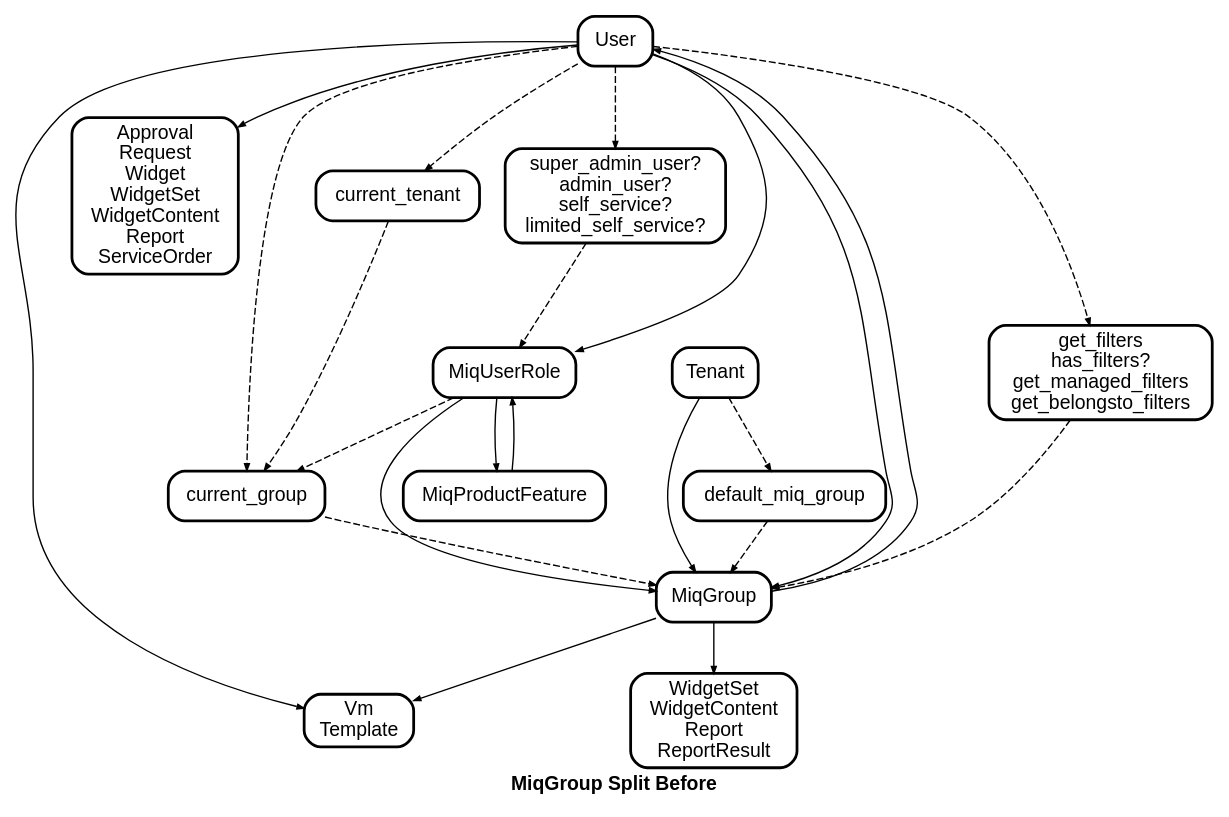
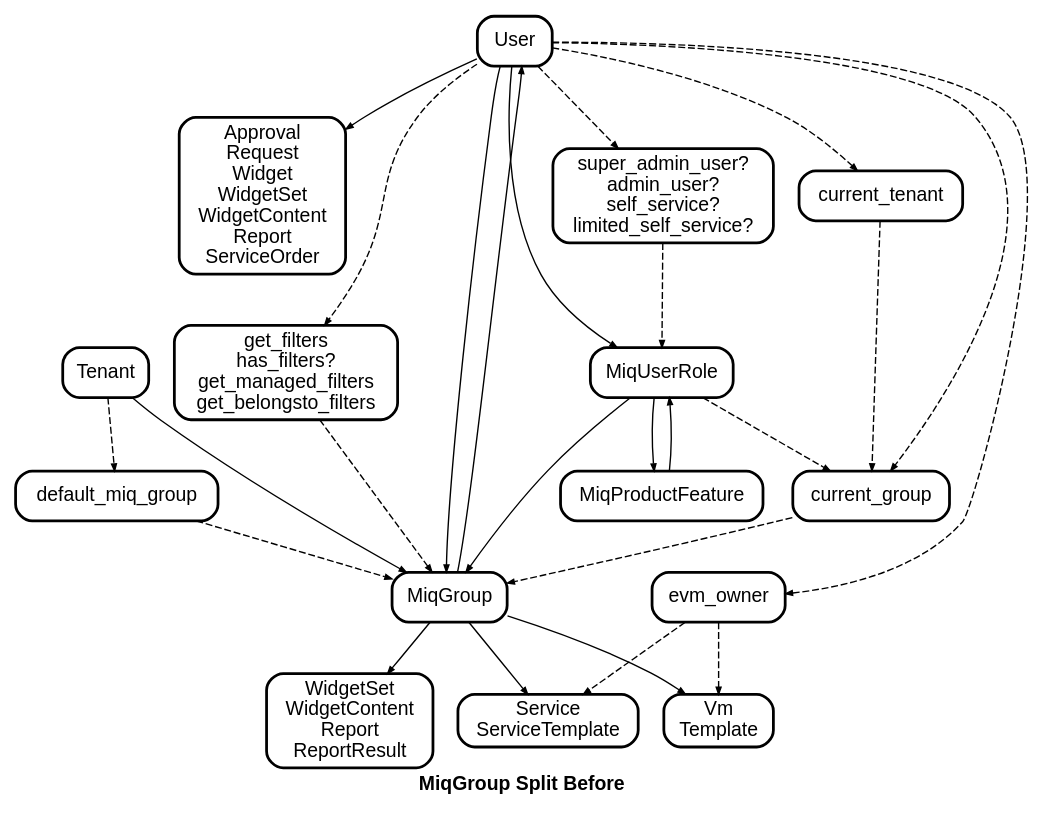
One commit to jrafanie/miq_group_split changed the diagram in miq_group_split_before.dot. Above: the diagram before and after it, drawn with Graphviz.

Commit message:
Add OwnershipMixin relationships.

```diff
--- a/miq_group_split_before.dot
+++ b/miq_group_split_before.dot
@@ -1,29 +1,30 @@
 digraph MiqGroupSplitBefore {
 	graph [ fontname="Helvetica-Bold" ]
 	node  [ id="\N" shape="Mrecord" style="filled" fontname="Helvetica" fillcolor="#ffffff" penwidth="2" ]
 	edge  [ arrowsize="0.5" fontname="Helvetica" ]
 
 	label="MiqGroup Split Before"
 	style="rounded"
 
 	user_owned_resources [label="Approval\nRequest\nWidget\nWidgetSet\nWidgetContent\nReport\nServiceOrder"]
 	group_owned_resources [label="WidgetSet\nWidgetContent\nReport\nReportResult"]
 	owned_vms [label="Vm\nTemplate"]
 	user_filters [label="get_filters\nhas_filters?\nget_managed_filters\nget_belongsto_filters"]
 	user_levels [label="super_admin_user?\nadmin_user?\nself_service?\nlimited_self_service?"]
+	service_resources [label="Service\nServiceTemplate"]
 
 	Tenant -> MiqGroup
 	Tenant -> default_miq_group -> MiqGroup [style="dashed"]
 	MiqUserRole -> MiqGroup
 	MiqUserRole -> MiqProductFeature
 	MiqProductFeature -> MiqUserRole
-	MiqGroup -> User, owned_vms, group_owned_resources
-	User -> MiqUserRole, MiqGroup, owned_vms
+	MiqGroup -> User, owned_vms, group_owned_resources, service_resources
+	User -> MiqUserRole, MiqGroup
 	User -> current_tenant, current_group, user_filters, user_levels [style="dashed"]
 	user_filters -> MiqGroup [style="dashed"]
 	user_levels -> MiqUserRole [style="dashed"]
-
+	User -> evm_owner -> owned_vms, service_resources [style="dashed"]
 	User -> user_owned_resources
 	current_group -> MiqGroup [style="dashed"]
 	MiqUserRole, current_tenant -> current_group [style="dashed"]
 }
```
